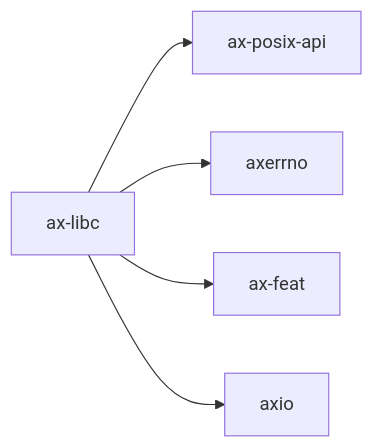
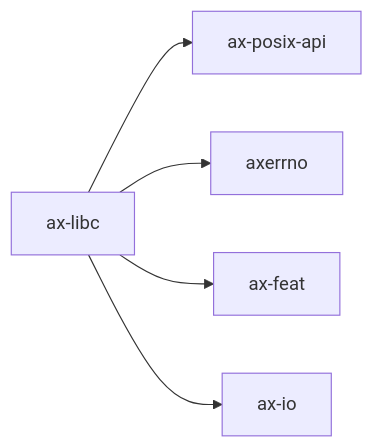
The diagram in docs/crates/ax-libc.md (zKurisu/tgoskits), drawn with Mermaid before and after one commit. The commit also changed 66 other files, not shown here.

````diff
--- a/docs/crates/ax-libc.md
+++ b/docs/crates/ax-libc.md
@@ -38,8 +38,8 @@
 ```mermaid
 graph LR
     current["ax-libc"]
     current --> ax-posix-api["ax-posix-api"]
     current --> axerrno["axerrno"]
     current --> ax-feat["ax-feat"]
-    current --> axio["axio"]
+    current --> axio["ax-io"]
 ```
````
